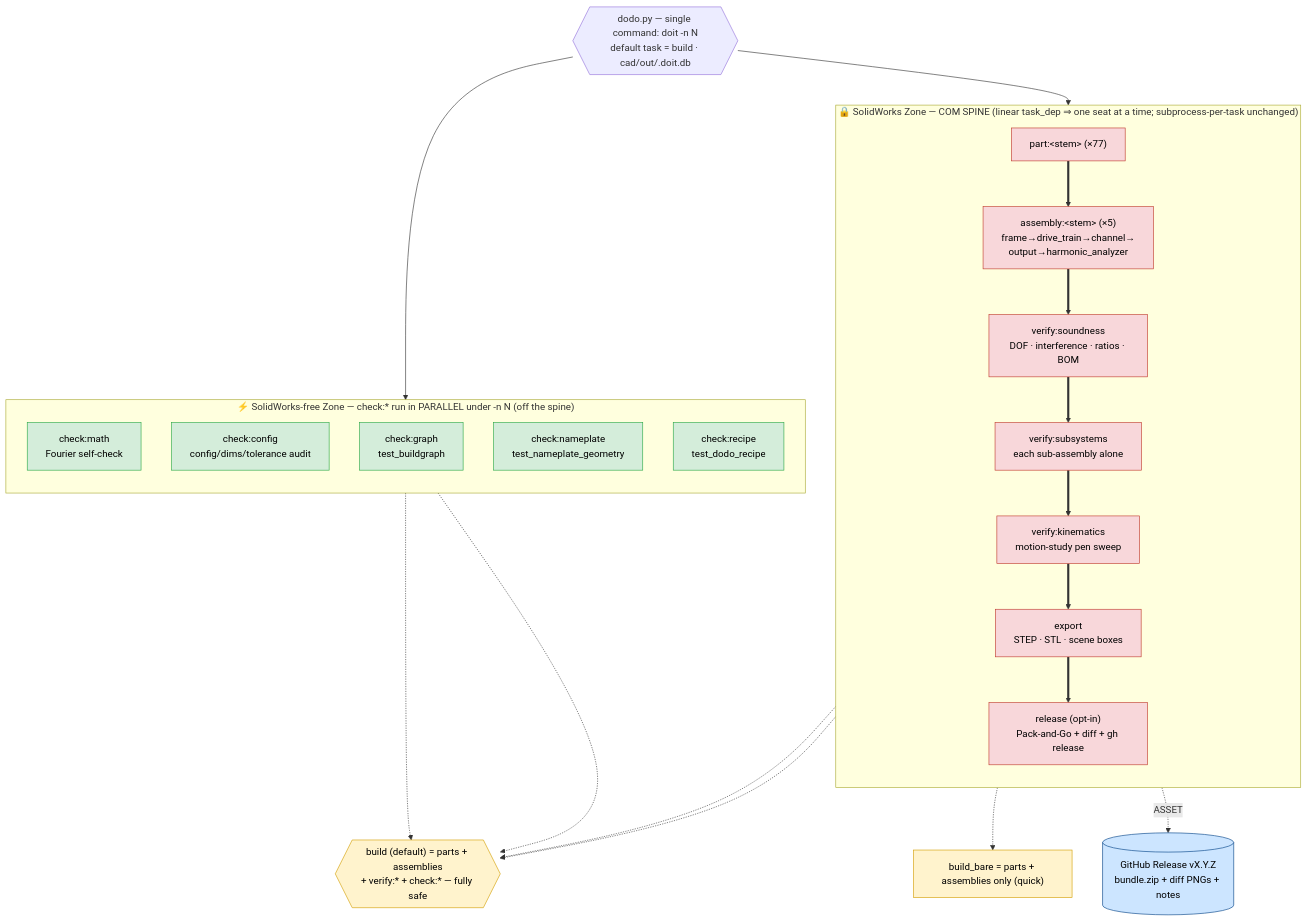
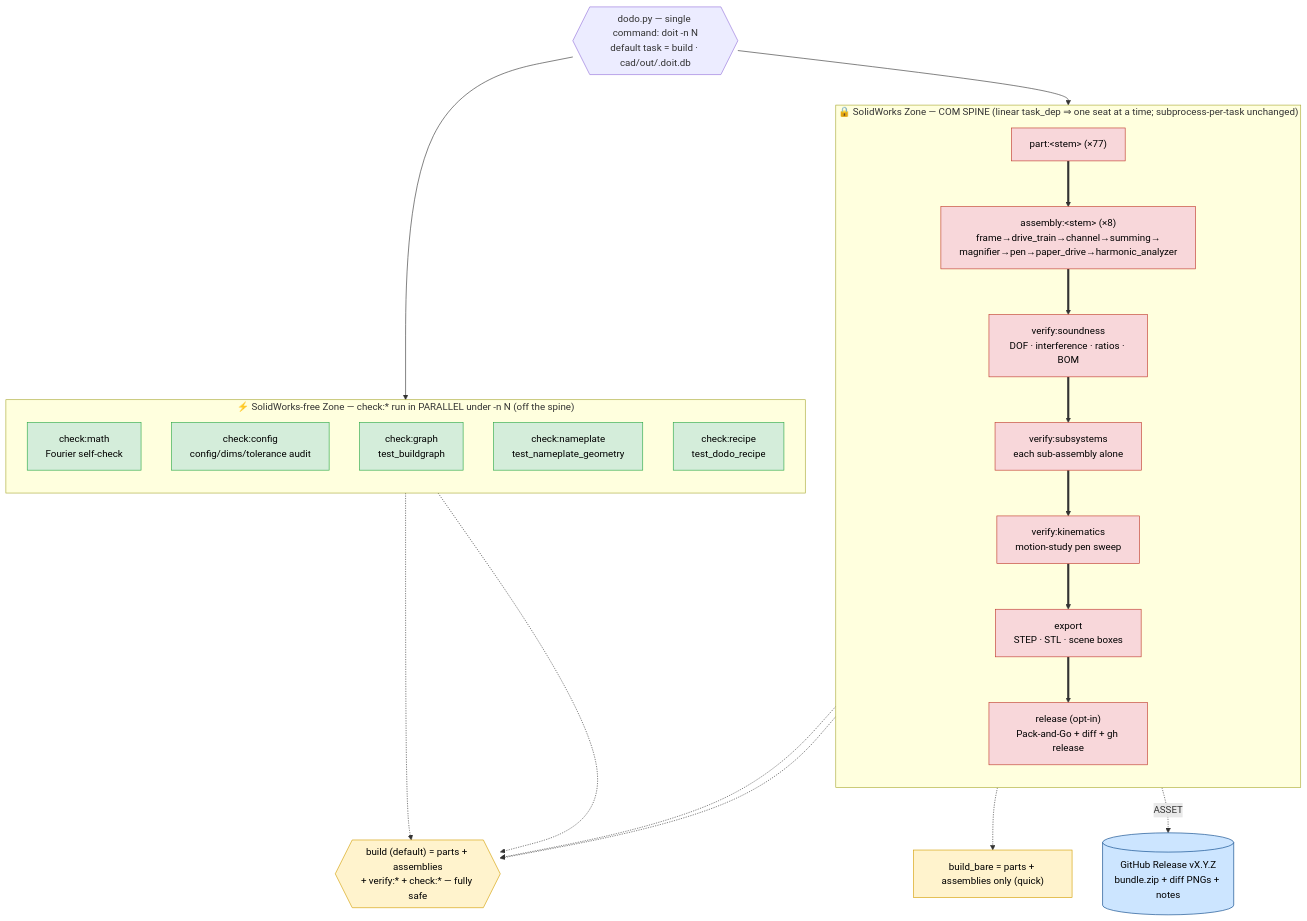
The diagram in docs/pipeline/build_flow_target.mmd (pedropaulovc/harmonic-analyzer), drawn with Mermaid before and after one commit. The commit also changed 25 other files, not shown here.

```diff
--- a/docs/pipeline/build_flow_target.mmd
+++ b/docs/pipeline/build_flow_target.mmd
@@ -1,45 +1,45 @@
 flowchart TD
     DOIT{{"dodo.py — single command: doit -n N<br/>default task = build · cad/out/.doit.db"}}
 
     subgraph COM["🔒 SolidWorks Zone — COM SPINE (linear task_dep ⇒ one seat at a time; subprocess-per-task unchanged)"]
         direction TB
-        PART["part:&lt;stem&gt; (×77)"] ==> ASM["assembly:&lt;stem&gt; (×5)<br/>frame→drive_train→channel→<br/>output→harmonic_analyzer"]
+        PART["part:&lt;stem&gt; (×77)"] ==> ASM["assembly:&lt;stem&gt; (×8)<br/>frame→drive_train→channel→summing→<br/>magnifier→pen→paper_drive→harmonic_analyzer"]
         ASM ==> VS["verify:soundness<br/>DOF · interference · ratios · BOM"]
         VS ==> VSUB["verify:subsystems<br/>each sub-assembly alone"]
         VSUB ==> VKIN["verify:kinematics<br/>motion-study pen sweep"]
         VKIN ==> EXP["export<br/>STEP · STL · scene boxes"]
         EXP ==> REL["release (opt-in)<br/>Pack-and-Go + diff + gh release"]
     end
 
     DOIT --> PART
 
     subgraph CPU["⚡ SolidWorks-free Zone — check:* run in PARALLEL under -n N (off the spine)"]
         direction TB
         CM["check:math<br/>Fourier self-check"]
         CC["check:config<br/>config/dims/tolerance audit"]
         CG["check:graph<br/>test_buildgraph"]
         CN["check:nameplate<br/>test_nameplate_geometry"]
         CR["check:recipe<br/>test_dodo_recipe"]
     end
 
     DOIT --> CM
 
     %% build = every part + assembly + every gate (the one safe entry)
     BUILD{{"build (default) = parts + assemblies<br/>+ verify:* + check:* — fully safe"}}
     ASM -.-> BUILD
     VKIN -.-> BUILD
     CM -.-> BUILD
     CR -.-> BUILD
     BBARE["build_bare = parts + assemblies only (quick)"]
     ASM -.-> BBARE
 
     REL -.->|ASSET| OUT[("GitHub Release vX.Y.Z<br/>bundle.zip + diff PNGs + notes")]
 
     classDef gate fill:#fff3cd,stroke:#d39e00,color:#000;
     classDef serial fill:#f8d7da,stroke:#c0392b,color:#000;
     classDef par fill:#d4edda,stroke:#28a745,color:#000;
     classDef asset fill:#cce5ff,stroke:#004085,color:#000;
     class BUILD,BBARE gate;
     class PART,ASM,VS,VSUB,VKIN,EXP,REL serial;
     class CM,CC,CG,CN,CR par;
     class OUT asset;
```
